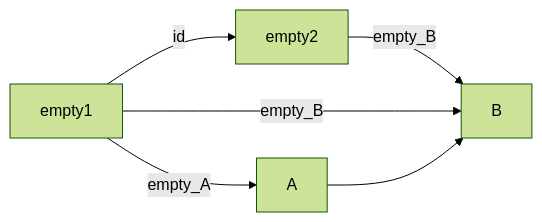
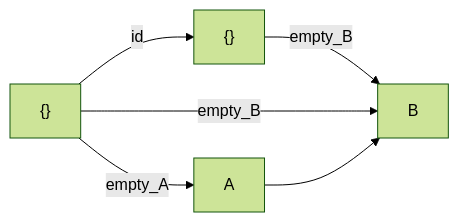
Before and after one commit to AgustinRamiroDiaz/LCC-CM2: the fourth of 7 diagrams in Unidad 4/p4.md, drawn with Mermaid (forest theme). The commit also changed other lines of this file and 1 other file, not shown here.

````diff
--- a/Unidad 4/p4.md
+++ b/Unidad 4/p4.md
@@ -233,8 +233,8 @@
 ```mermaid
 graph LR;
-    empty1-->|id|empty2
-    empty1-->|empty_A|A
-    empty2-->|empty_B|B
-    empty1-->|empty_B|B
+    e["{}"]-->|id|e2e["{}"]
+    e["{}"]-->|empty_A|A
+    e2e["{}"]-->|empty_B|B
+    e["{}"]-->|empty_B|B
     A-->B
 ```
````
